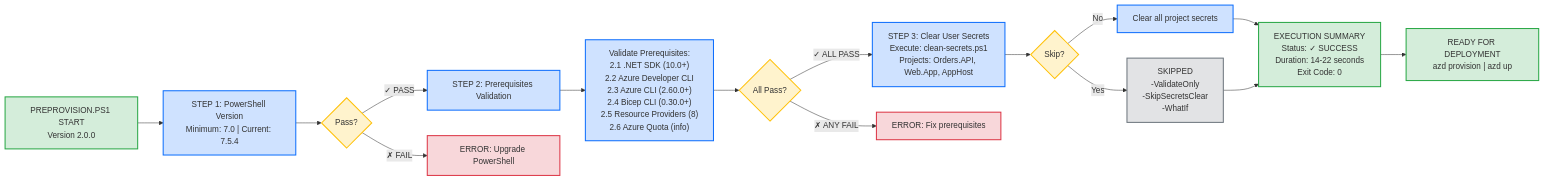
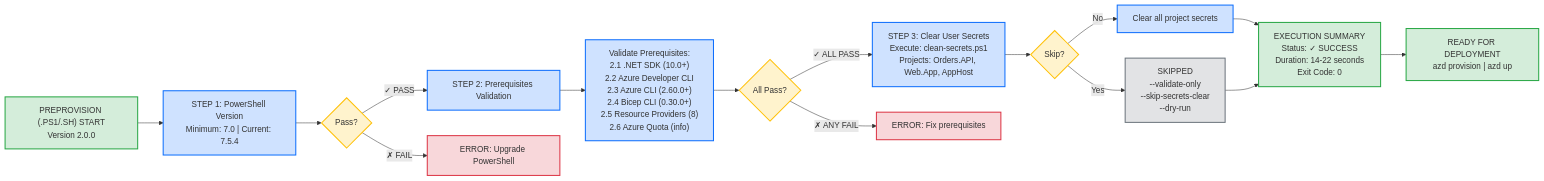
One commit to Evilazaro/Azure-LogicApps-Monitoring changed the first of 4 diagrams in hooks/VALIDATION-WORKFLOW.md. Above: the diagram before and after it, drawn with Mermaid. The commit also changed other lines of this file and 5 other files, not shown here.

````diff
--- a/hooks/VALIDATION-WORKFLOW.md
+++ b/hooks/VALIDATION-WORKFLOW.md
@@ -16,35 +16,35 @@
 ```mermaid
 flowchart LR
-    Start["PREPROVISION.PS1 START<br/>Version 2.0.0"]
+    Start["PREPROVISION (.PS1/.SH) START<br/>Version 2.0.0"]
     Start --> Step1["STEP 1: PowerShell Version<br/>Minimum: 7.0 | Current: 7.5.4"]
     
     Step1 --> Decision1{Pass?}
     Decision1 -->|✓ PASS| Step2["STEP 2: Prerequisites Validation"]
     Decision1 -->|✗ FAIL| Error1["ERROR: Upgrade PowerShell"]
     
     Step2 --> Prereqs["Validate Prerequisites:<br/>2.1 .NET SDK (10.0+)<br/>2.2 Azure Developer CLI<br/>2.3 Azure CLI (2.60.0+)<br/>2.4 Bicep CLI (0.30.0+)<br/>2.5 Resource Providers (8)<br/>2.6 Azure Quota (info)"]
     
     Prereqs --> Decision2{All Pass?}
     Decision2 -->|✓ ALL PASS| Step3["STEP 3: Clear User Secrets<br/>Execute: clean-secrets.ps1<br/>Projects: Orders.API, Web.App, AppHost"]
     Decision2 -->|✗ ANY FAIL| Error2["ERROR: Fix prerequisites"]
     
     Step3 --> Decision3{Skip?}
     Decision3 -->|No| ClearSecrets["Clear all project secrets"]
-    Decision3 -->|Yes| Skip["SKIPPED<br/>-ValidateOnly<br/>-SkipSecretsClear<br/>-WhatIf"]
+    Decision3 -->|Yes| Skip["SKIPPED<br/>--validate-only<br/>--skip-secrets-clear<br/>--dry-run"]
     
     ClearSecrets --> Summary["EXECUTION SUMMARY<br/>Status: ✓ SUCCESS<br/>Duration: 14-22 seconds<br/>Exit Code: 0"]
     Skip --> Summary
     Summary --> Ready["READY FOR DEPLOYMENT<br/>azd provision | azd up"]
     
     classDef successClass fill:#d4edda,stroke:#28a745,stroke-width:2px
     classDef errorClass fill:#f8d7da,stroke:#dc3545,stroke-width:2px
     classDef processClass fill:#cfe2ff,stroke:#0d6efd,stroke-width:2px
     classDef decisionClass fill:#fff3cd,stroke:#ffc107,stroke-width:2px
     classDef skipClass fill:#e2e3e5,stroke:#6c757d,stroke-width:2px
     
     class Start,Summary,Ready successClass
     class Error1,Error2 errorClass
     class Step1,Step2,Prereqs,Step3,ClearSecrets processClass
     class Decision1,Decision2,Decision3 decisionClass
     class Skip skipClass
 ```
````
